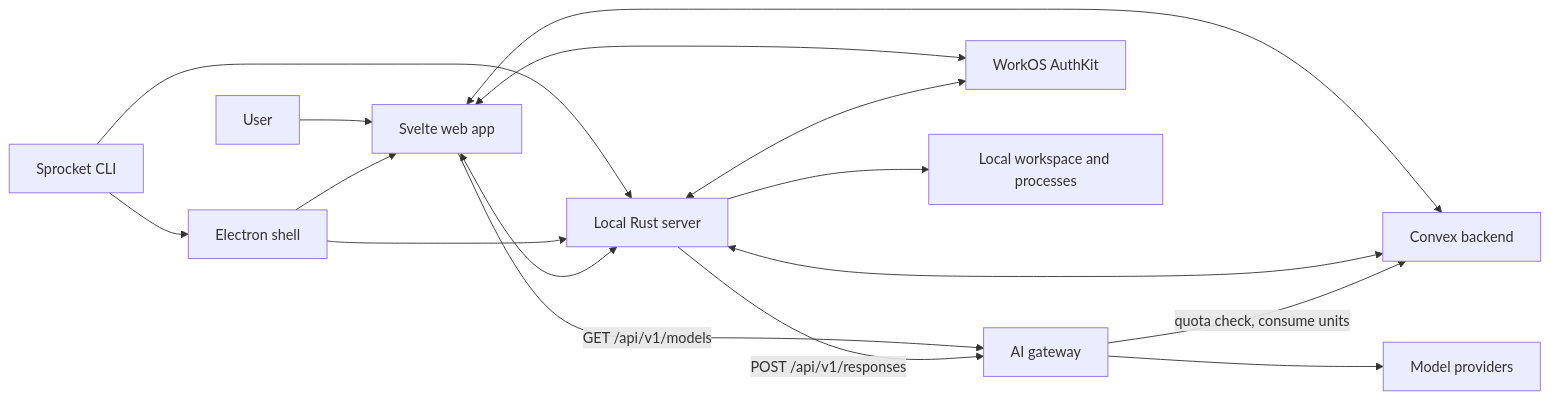
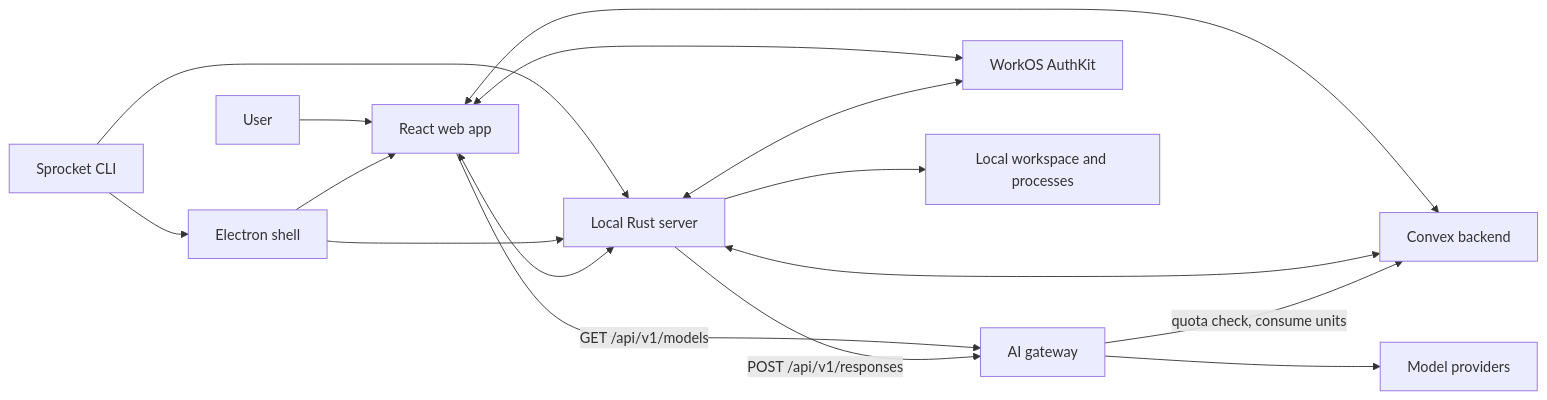
The first of 2 diagrams in ARCHITECTURE.md (spikonado/sprocket), drawn with Mermaid before and after one commit. The commit also changed other lines of this file and 319 other files, not shown here.

Commit message:
refactor(web): Replace SvelteKit with React and Vite (#484)

````diff
--- a/ARCHITECTURE.md
+++ b/ARCHITECTURE.md
@@ -27,18 +27,18 @@
 ```mermaid
 flowchart LR
-    User[User] --> Web[Svelte web app]
+    User[User] --> Web[React web app]
     CLI[Sprocket CLI] --> Desktop[Electron shell]
     Desktop --> Web
     CLI --> Local[Local Rust server]
     Desktop --> Local
     Web <--> Local
     Web <--> Convex[Convex backend]
     Local <--> Convex
     Web -->|"GET /api/v1/models"| Gateway[AI gateway]
     Local -->|"POST /api/v1/responses"| Gateway
     Gateway --> Providers[Model providers]
     Gateway -->|"quota check, consume units"| Convex
     Web <--> Auth[WorkOS AuthKit]
     Local <--> Auth
     Local --> Workspace[Local workspace and processes]
 ```
````
